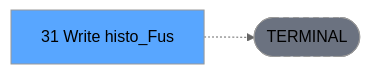
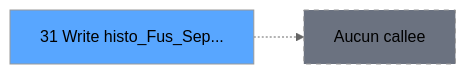
One commit to thonyAGP/lecteur-magic changed the third of 3 diagrams in .openspec/specs/ADH-IDE-31.md. Above: the diagram before and after it, drawn with Mermaid (neutral theme). The commit also changed other lines of this file and 96 other files, not shown here.

````diff
--- a/.openspec/specs/ADH-IDE-31.md
+++ b/.openspec/specs/ADH-IDE-31.md
@@ -134,8 +171,8 @@
 ```mermaid
 graph LR
-    T[31 Write histo_Fus]
-    TERM([TERMINAL])
-    T -.-> TERM
-    style TERM fill:#6b7280,stroke-dasharray: 5 5
-    style T fill:#58a6ff,color:#000
+    T31[31 Write histo_Fus_Sep...]
+    style T31 fill:#58a6ff
+    NONE[Aucun callee]
+    T31 -.-> NONE
+    style NONE fill:#6b7280,stroke-dasharray: 5 5
 ```
````
